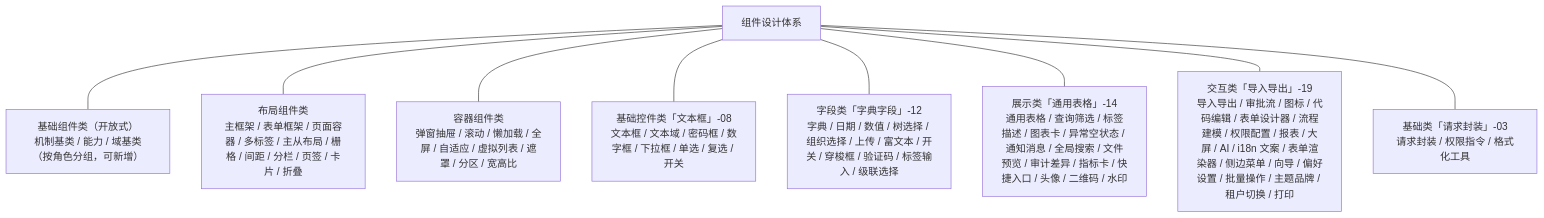
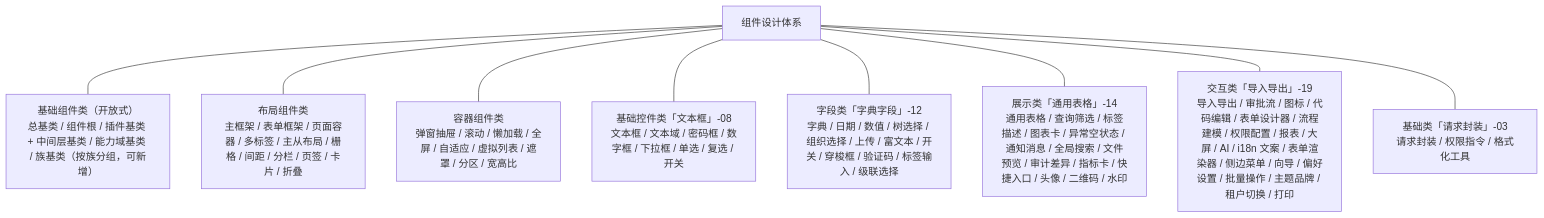
The diagram in bms文档/设计/组件设计/01_组件设计_总览.md (minjian123/basic-management-system), drawn with Mermaid before and after one commit. The commit also changed other lines of this file and 126 other files, not shown here.

````diff
--- a/bms文档/设计/组件设计/01_组件设计_总览.md
+++ b/bms文档/设计/组件设计/01_组件设计_总览.md
@@ -194,20 +194,20 @@
 ```mermaid
 graph TD
     ROOT["组件设计体系"]
-    BASE["基础组件类（开放式）<br/>机制基类 / 能力 / 域基类（按角色分组，可新增）"]
+    BASE["基础组件类（开放式）<br/>总基类 / 组件根 / 插件基类 + 中间层基类 / 能力域基类 / 族基类（按族分组，可新增）"]
     LAY["布局组件类<br/>主框架 / 表单框架 / 页面容器 / 多标签 / 主从布局 / 栅格 / 间距 / 分栏 / 页签 / 卡片 / 折叠"]
     BOX["容器组件类<br/>弹窗抽屉 / 滚动 / 懒加载 / 全屏 / 自适应 / 虚拟列表 / 遮罩 / 分区 / 宽高比"]
     CTRL["基础控件类「文本框」-08<br/>文本框 / 文本域 / 密码框 / 数字框 / 下拉框 / 单选 / 复选 / 开关"]
     F["字段类「字典字段」-12<br/>字典 / 日期 / 数值 / 树选择 / 组织选择 / 上传 / 富文本 / 开关 / 穿梭框 / 验证码 / 标签输入 / 级联选择"]
     D["展示类「通用表格」-14<br/>通用表格 / 查询筛选 / 标签描述 / 图表卡 / 异常空状态 / 通知消息 / 全局搜索 / 文件预览 / 审计差异 / 指标卡 / 快捷入口 / 头像 / 二维码 / 水印"]
     I["交互类「导入导出」-19<br/>导入导出 / 审批流 / 图标 / 代码编辑 / 表单设计器 / 流程建模 / 权限配置 / 报表 / 大屏 / AI / i18n 文案 / 表单渲染器 / 侧边菜单 / 向导 / 偏好设置 / 批量操作 / 主题品牌 / 租户切换 / 打印"]
     B["基础类「请求封装」-03<br/>请求封装 / 权限指令 / 格式化工具"]
     ROOT --- BASE
     ROOT --- LAY
     ROOT --- BOX
     ROOT --- CTRL
     ROOT --- F
     ROOT --- D
     ROOT --- I
     ROOT --- B
 ```
````
